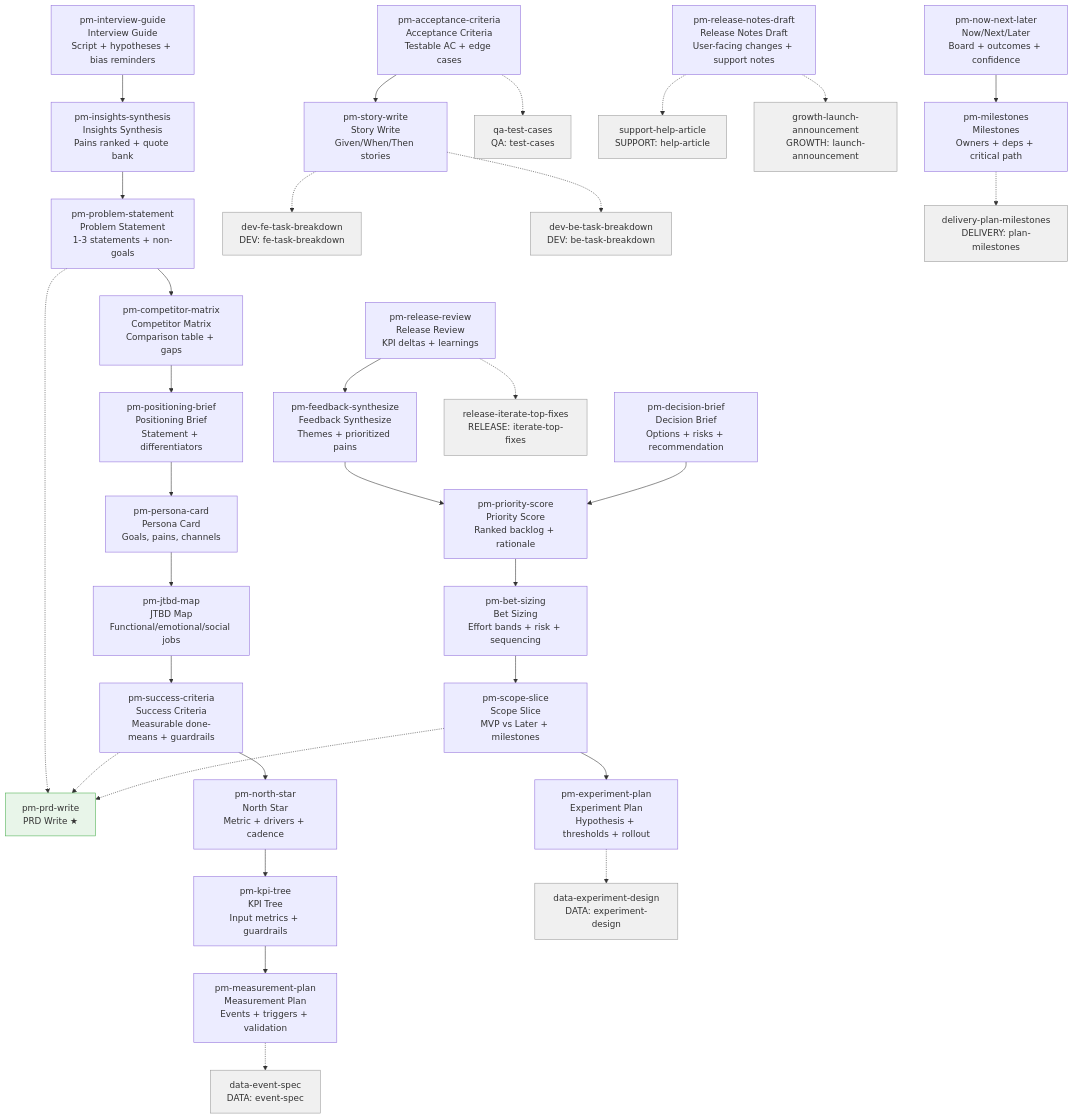
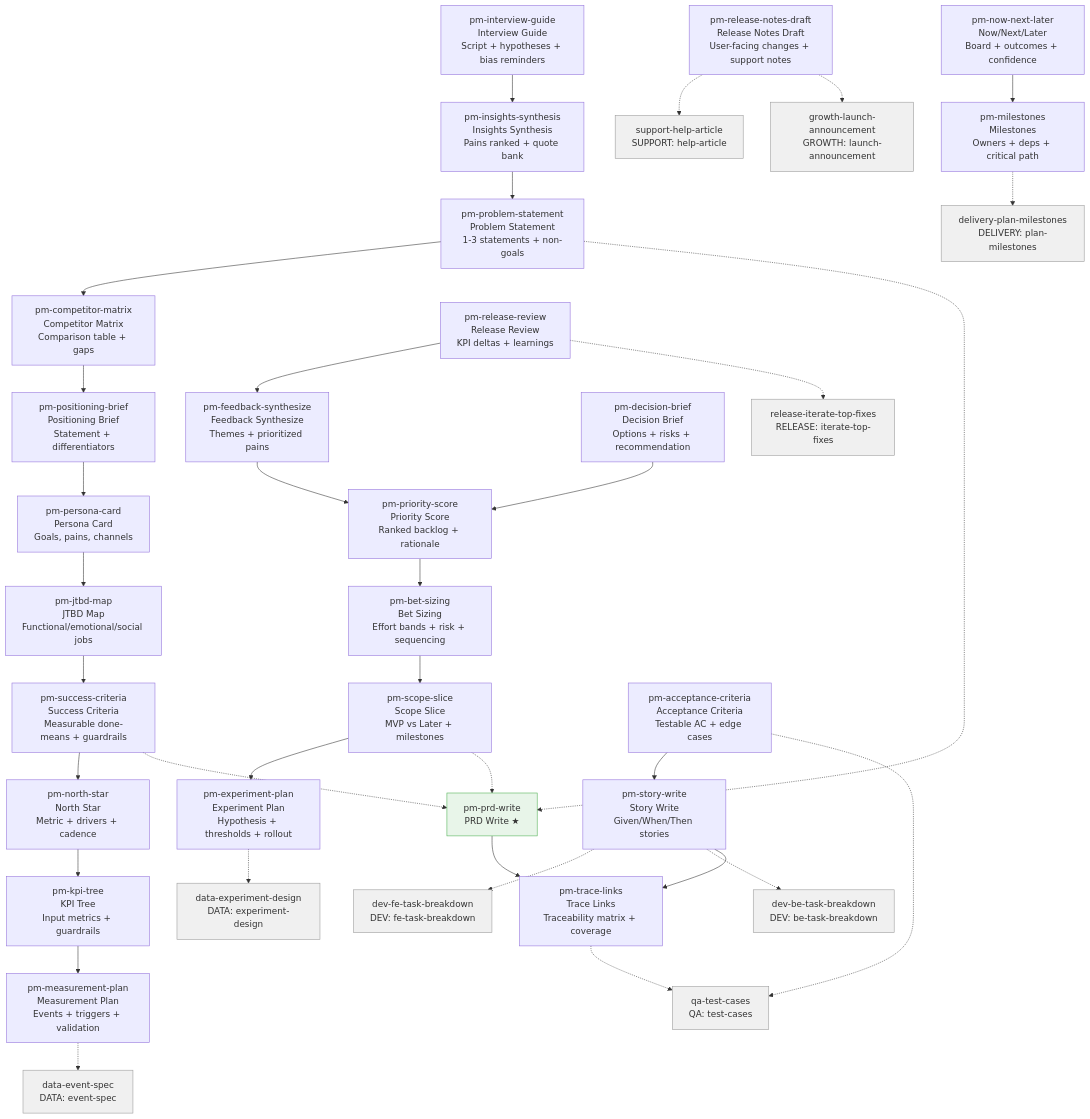
Before and after one commit to parhumm/jaan-to: the diagram in roadmaps/jaan-to/tasks/role-skills/pm.md, drawn with Mermaid. The commit also changed other lines of this file and 4 other files, not shown here.

First line of the commit message:
docs(roadmap): add 4 gap skills — dev-be-scaffold, dev-fe-scaffold, sre-pipeline-create, pm-trace-links

````diff
--- a/roadmaps/jaan-to/tasks/role-skills/pm.md
+++ b/roadmaps/jaan-to/tasks/role-skills/pm.md
@@ -9,44 +9,47 @@
 ```mermaid
 flowchart TD
     jaan-to-pm-interview-guide["pm-interview-guide<br>Interview Guide<br>Script + hypotheses + bias reminders"] --> jaan-to-pm-insights-synthesis["pm-insights-synthesis<br>Insights Synthesis<br>Pains ranked + quote bank"]
     jaan-to-pm-insights-synthesis["pm-insights-synthesis<br>Insights Synthesis<br>Pains ranked + quote bank"] --> jaan-to-pm-problem-statement["pm-problem-statement<br>Problem Statement<br>1-3 statements + non-goals"]
     jaan-to-pm-problem-statement["pm-problem-statement<br>Problem Statement<br>1-3 statements + non-goals"] --> jaan-to-pm-competitor-matrix["pm-competitor-matrix<br>Competitor Matrix<br>Comparison table + gaps"]
     jaan-to-pm-problem-statement["pm-problem-statement<br>Problem Statement<br>1-3 statements + non-goals"] -.-> pm-prd-write["pm-prd-write<br>PRD Write ★"]
     jaan-to-pm-competitor-matrix["pm-competitor-matrix<br>Competitor Matrix<br>Comparison table + gaps"] --> jaan-to-pm-positioning-brief["pm-positioning-brief<br>Positioning Brief<br>Statement + differentiators"]
     jaan-to-pm-positioning-brief["pm-positioning-brief<br>Positioning Brief<br>Statement + differentiators"] --> jaan-to-pm-persona-card["pm-persona-card<br>Persona Card<br>Goals, pains, channels"]
     jaan-to-pm-persona-card["pm-persona-card<br>Persona Card<br>Goals, pains, channels"] --> jaan-to-pm-jtbd-map["pm-jtbd-map<br>JTBD Map<br>Functional/emotional/social jobs"]
     jaan-to-pm-jtbd-map["pm-jtbd-map<br>JTBD Map<br>Functional/emotional/social jobs"] --> jaan-to-pm-success-criteria["pm-success-criteria<br>Success Criteria<br>Measurable done-means + guardrails"]
     jaan-to-pm-success-criteria["pm-success-criteria<br>Success Criteria<br>Measurable done-means + guardrails"] --> jaan-to-pm-north-star["pm-north-star<br>North Star<br>Metric + drivers + cadence"]
     jaan-to-pm-success-criteria["pm-success-criteria<br>Success Criteria<br>Measurable done-means + guardrails"] -.-> pm-prd-write["pm-prd-write<br>PRD Write ★"]
     jaan-to-pm-north-star["pm-north-star<br>North Star<br>Metric + drivers + cadence"] --> jaan-to-pm-kpi-tree["pm-kpi-tree<br>KPI Tree<br>Input metrics + guardrails"]
     jaan-to-pm-kpi-tree["pm-kpi-tree<br>KPI Tree<br>Input metrics + guardrails"] --> jaan-to-pm-measurement-plan["pm-measurement-plan<br>Measurement Plan<br>Events + triggers + validation"]
     jaan-to-pm-measurement-plan["pm-measurement-plan<br>Measurement Plan<br>Events + triggers + validation"] -.-> jaan-to-data-event-spec["data-event-spec<br>DATA: event-spec"]
     jaan-to-pm-feedback-synthesize["pm-feedback-synthesize<br>Feedback Synthesize<br>Themes + prioritized pains"] --> jaan-to-pm-priority-score["pm-priority-score<br>Priority Score<br>Ranked backlog + rationale"]
     jaan-to-pm-decision-brief["pm-decision-brief<br>Decision Brief<br>Options + risks + recommendation"] --> jaan-to-pm-priority-score["pm-priority-score<br>Priority Score<br>Ranked backlog + rationale"]
     jaan-to-pm-priority-score["pm-priority-score<br>Priority Score<br>Ranked backlog + rationale"] --> jaan-to-pm-bet-sizing["pm-bet-sizing<br>Bet Sizing<br>Effort bands + risk + sequencing"]
     jaan-to-pm-bet-sizing["pm-bet-sizing<br>Bet Sizing<br>Effort bands + risk + sequencing"] --> jaan-to-pm-scope-slice["pm-scope-slice<br>Scope Slice<br>MVP vs Later + milestones"]
     jaan-to-pm-scope-slice["pm-scope-slice<br>Scope Slice<br>MVP vs Later + milestones"] --> jaan-to-pm-experiment-plan["pm-experiment-plan<br>Experiment Plan<br>Hypothesis + thresholds + rollout"]
     jaan-to-pm-scope-slice["pm-scope-slice<br>Scope Slice<br>MVP vs Later + milestones"] -.-> pm-prd-write["pm-prd-write<br>PRD Write ★"]
     jaan-to-pm-experiment-plan["pm-experiment-plan<br>Experiment Plan<br>Hypothesis + thresholds + rollout"] -.-> jaan-to-data-experiment-design["data-experiment-design<br>DATA: experiment-design"]
     jaan-to-pm-acceptance-criteria["pm-acceptance-criteria<br>Acceptance Criteria<br>Testable AC + edge cases"] --> pm-story-write["pm-story-write<br>Story Write<br>Given/When/Then stories"]
     jaan-to-pm-acceptance-criteria["pm-acceptance-criteria<br>Acceptance Criteria<br>Testable AC + edge cases"] -.-> qa-test-cases["qa-test-cases<br>QA: test-cases"]
     pm-story-write["pm-story-write<br>Story Write<br>Given/When/Then stories"] -.-> dev-fe-task-breakdown["dev-fe-task-breakdown<br>DEV: fe-task-breakdown"]
     pm-story-write["pm-story-write<br>Story Write<br>Given/When/Then stories"] -.-> dev-be-task-breakdown["dev-be-task-breakdown<br>DEV: be-task-breakdown"]
+    pm-prd-write["pm-prd-write<br>PRD Write ★"] --> jaan-to-pm-trace-links["pm-trace-links<br>Trace Links<br>Traceability matrix + coverage"]
+    pm-story-write["pm-story-write<br>Story Write<br>Given/When/Then stories"] --> jaan-to-pm-trace-links["pm-trace-links<br>Trace Links<br>Traceability matrix + coverage"]
+    jaan-to-pm-trace-links["pm-trace-links<br>Trace Links<br>Traceability matrix + coverage"] -.-> qa-test-cases["qa-test-cases<br>QA: test-cases"]
     jaan-to-pm-release-notes-draft["pm-release-notes-draft<br>Release Notes Draft<br>User-facing changes + support notes"] -.-> jaan-to-support-help-article["support-help-article<br>SUPPORT: help-article"]
     jaan-to-pm-release-notes-draft["pm-release-notes-draft<br>Release Notes Draft<br>User-facing changes + support notes"] -.-> jaan-to-growth-launch-announcement["growth-launch-announcement<br>GROWTH: launch-announcement"]
     jaan-to-pm-now-next-later["pm-now-next-later<br>Now/Next/Later<br>Board + outcomes + confidence"] --> jaan-to-pm-milestones["pm-milestones<br>Milestones<br>Owners + deps + critical path"]
     jaan-to-pm-milestones["pm-milestones<br>Milestones<br>Owners + deps + critical path"] -.-> jaan-to-delivery-plan-milestones["delivery-plan-milestones<br>DELIVERY: plan-milestones"]
     jaan-to-pm-release-review["pm-release-review<br>Release Review<br>KPI deltas + learnings"] --> jaan-to-pm-feedback-synthesize["pm-feedback-synthesize<br>Feedback Synthesize<br>Themes + prioritized pains"]
     jaan-to-pm-release-review["pm-release-review<br>Release Review<br>KPI deltas + learnings"] -.-> jaan-to-release-iterate-top-fixes["release-iterate-top-fixes<br>RELEASE: iterate-top-fixes"]
 
     style pm-prd-write fill:#e8f5e9,stroke:#4caf50
     style jaan-to-data-event-spec fill:#f0f0f0,stroke:#999
     style jaan-to-data-experiment-design fill:#f0f0f0,stroke:#999
     style qa-test-cases fill:#f0f0f0,stroke:#999
     style dev-fe-task-breakdown fill:#f0f0f0,stroke:#999
     style dev-be-task-breakdown fill:#f0f0f0,stroke:#999
     style jaan-to-support-help-article fill:#f0f0f0,stroke:#999
     style jaan-to-growth-launch-announcement fill:#f0f0f0,stroke:#999
     style jaan-to-delivery-plan-milestones fill:#f0f0f0,stroke:#999
     style jaan-to-release-iterate-top-fixes fill:#f0f0f0,stroke:#999
 ```
````
